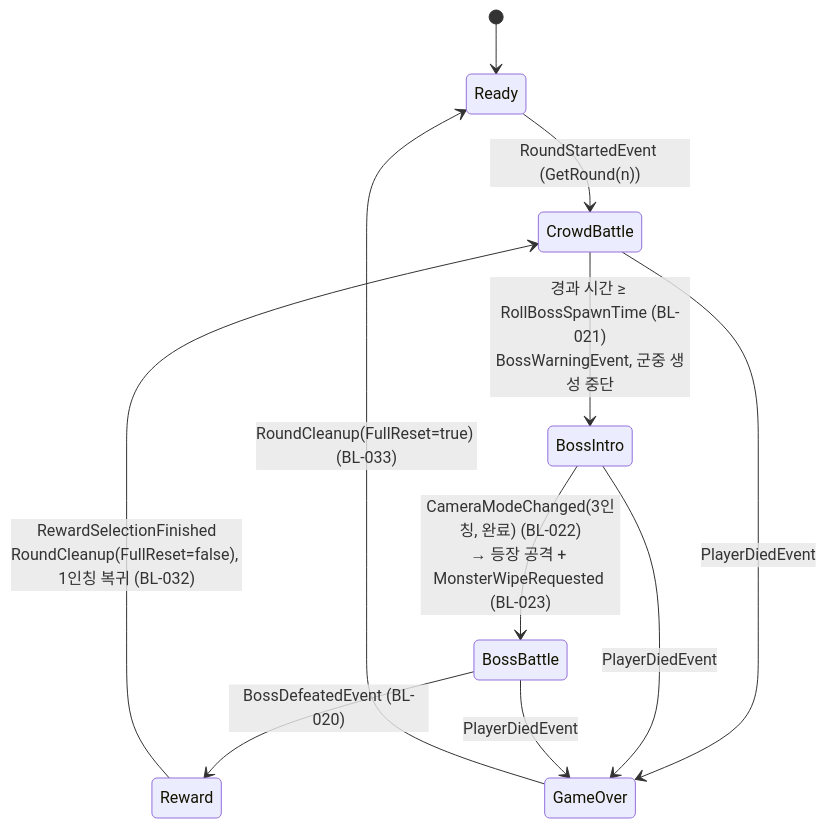
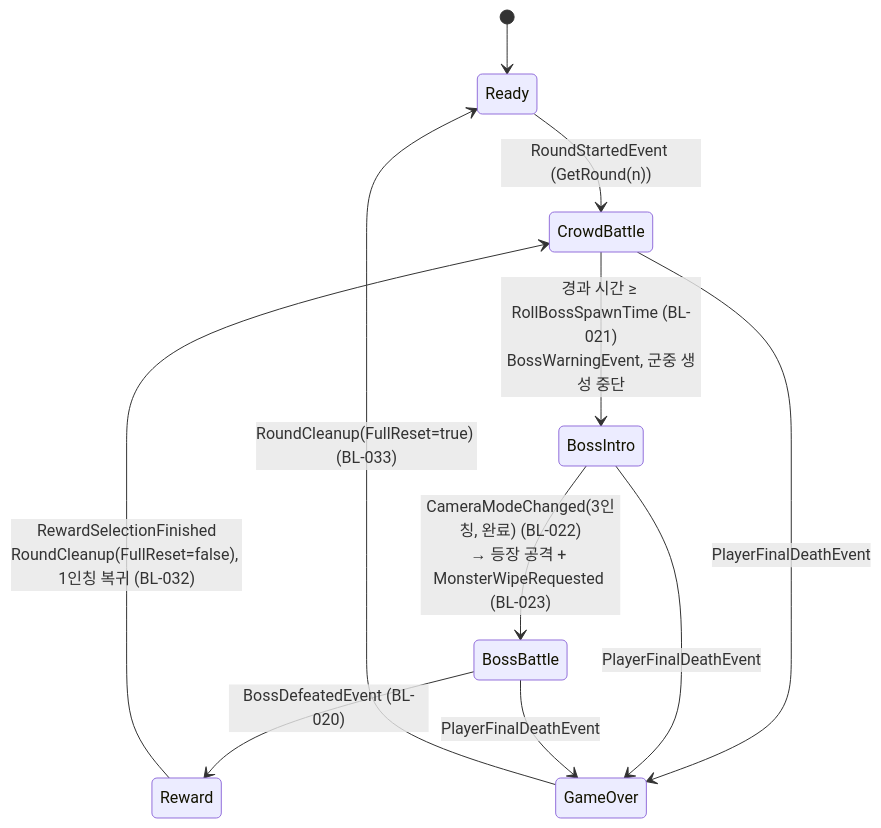
One commit to KooHoo-Dev/3rd_3D_1-3D-Project-team_even changed the diagram in Docs/Architecture/03-BacklogMapping.md. Above: the diagram before and after it, drawn with Mermaid. The commit also changed other lines of this file and 66 other files, not shown here.

````diff
--- a/Docs/Architecture/03-BacklogMapping.md
+++ b/Docs/Architecture/03-BacklogMapping.md
@@ -8,13 +8,13 @@
 ```mermaid
 stateDiagram-v2
     [*] --> Ready
     Ready --> CrowdBattle: RoundStartedEvent (GetRound(n))
     CrowdBattle --> BossIntro: 경과 시간 ≥ RollBossSpawnTime (BL-021)<br/>BossWarningEvent, 군중 생성 중단
     BossIntro --> BossBattle: CameraModeChanged(3인칭, 완료) (BL-022)<br/>→ 등장 공격 + MonsterWipeRequested (BL-023)
     BossBattle --> Reward: BossDefeatedEvent (BL-020)
     Reward --> CrowdBattle: RewardSelectionFinished<br/>RoundCleanup(FullReset=false), 1인칭 복귀 (BL-032)
-    CrowdBattle --> GameOver: PlayerDiedEvent
-    BossIntro --> GameOver: PlayerDiedEvent
-    BossBattle --> GameOver: PlayerDiedEvent
+    CrowdBattle --> GameOver: PlayerFinalDeathEvent
+    BossIntro --> GameOver: PlayerFinalDeathEvent
+    BossBattle --> GameOver: PlayerFinalDeathEvent
     GameOver --> Ready: RoundCleanup(FullReset=true) (BL-033)
 ```
````
